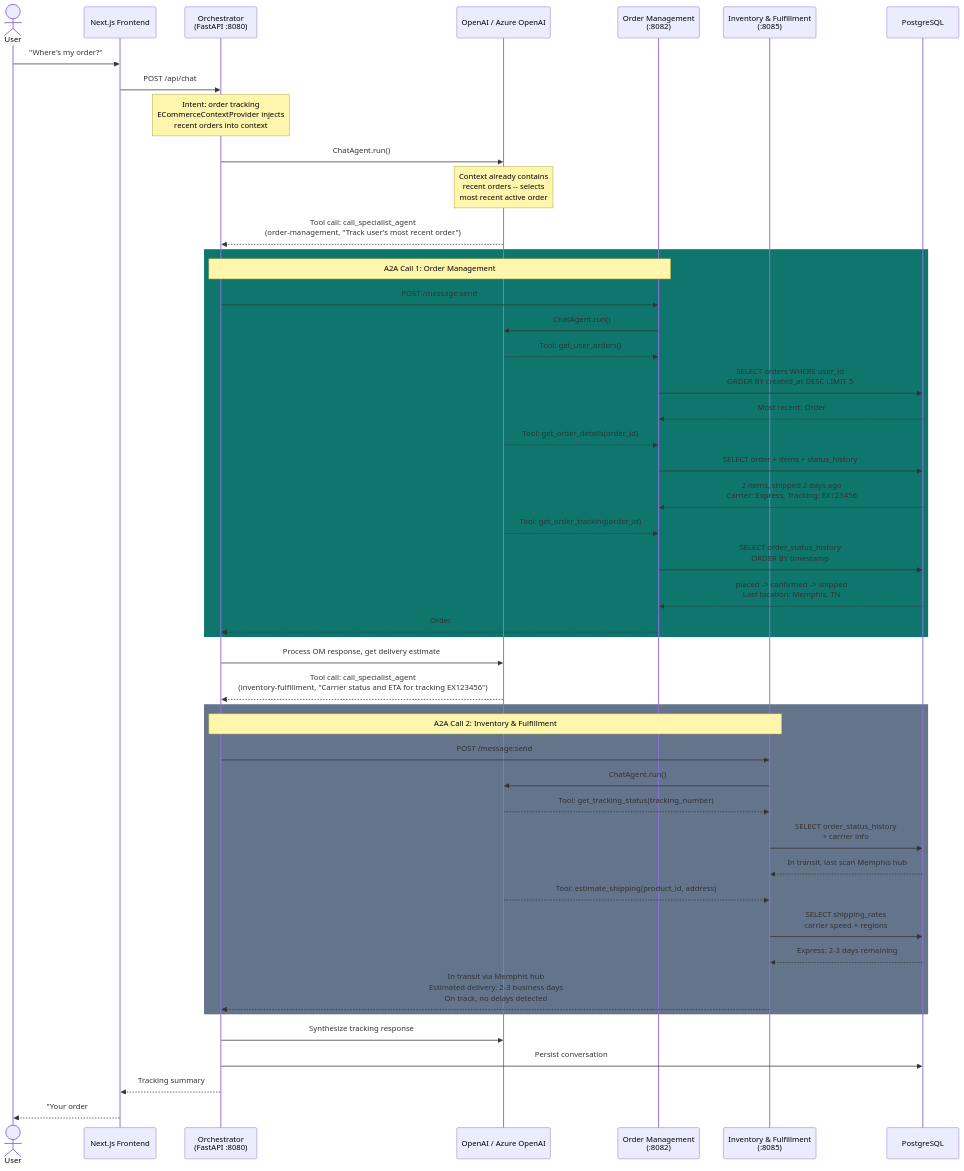
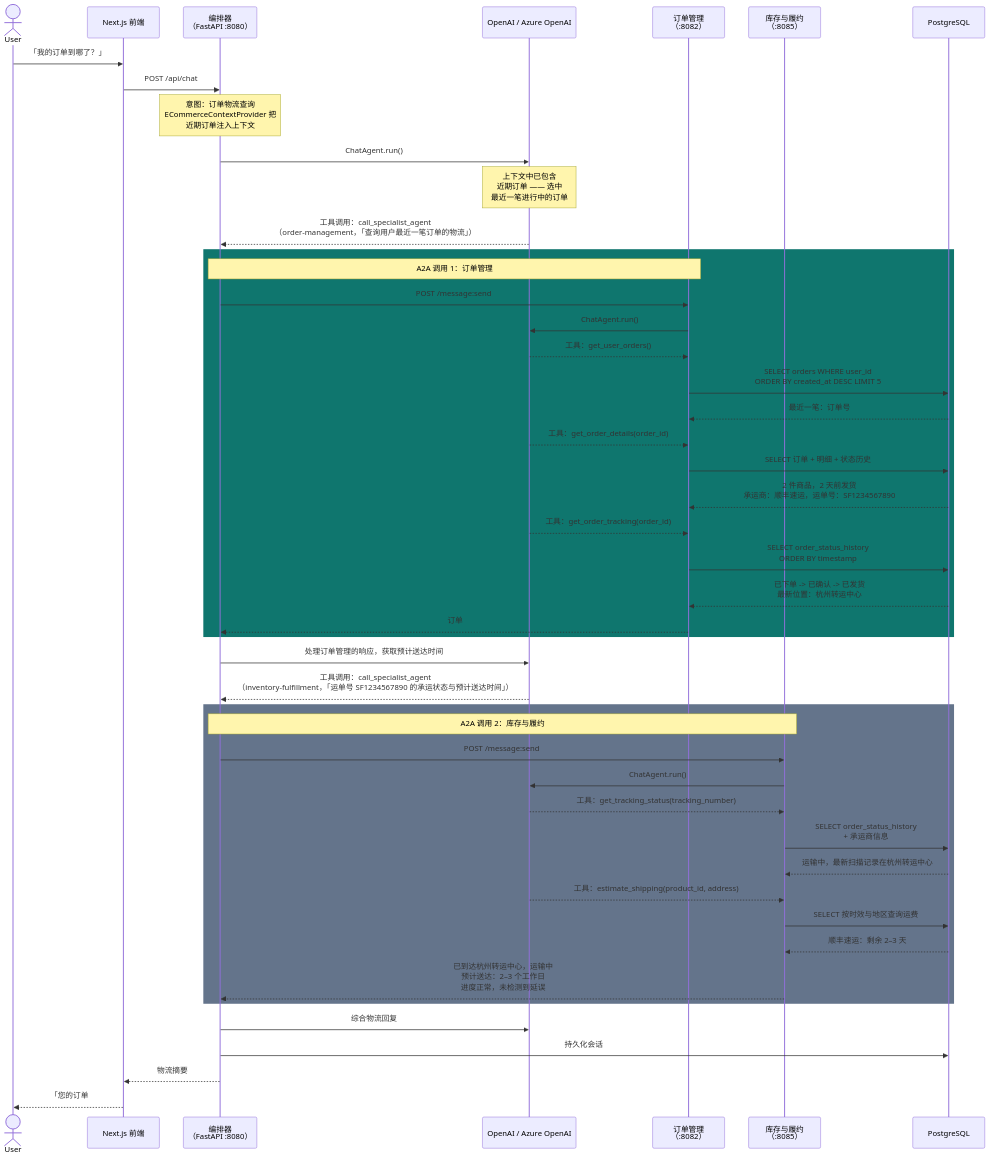
One commit to s1encisi/reliable-commerce-agents changed the third of 5 diagrams in docs/agent-flows.md. Above: the diagram before and after it, drawn with Mermaid. The commit also changed other lines of this file and 1033 other files, not shown here.

````diff
--- a/docs/agent-flows.md
+++ b/docs/agent-flows.md
@@ -202,56 +202,56 @@
 ```mermaid
 sequenceDiagram
     actor User
-    participant FE as Next.js Frontend
-    participant ORCH as Orchestrator<br/>(FastAPI :8080)
+    participant FE as Next.js 前端
+    participant ORCH as 编排器<br/>（FastAPI :8080）
     participant LLM as OpenAI / Azure OpenAI
-    participant OM as Order Management<br/>(:8082)
-    participant IF as Inventory & Fulfillment<br/>(:8085)
+    participant OM as 订单管理<br/>（:8082）
+    participant IF as 库存与履约<br/>（:8085）
     participant DB as PostgreSQL
 
-    User->>FE: "Where's my order?"
+    User->>FE: 「我的订单到哪了？」
     FE->>ORCH: POST /api/chat
 
-    Note over ORCH: Intent: order tracking<br/>ECommerceContextProvider injects<br/>recent orders into context
+    Note over ORCH: 意图：订单物流查询<br/>ECommerceContextProvider 把<br/>近期订单注入上下文
 
     ORCH->>LLM: ChatAgent.run()
-    Note over LLM: Context already contains<br/>recent orders -- selects<br/>most recent active order
-    LLM-->>ORCH: Tool call: call_specialist_agent<br/>(order-management, "Track user's most recent order")
+    Note over LLM: 上下文中已包含<br/>近期订单 —— 选中<br/>最近一笔进行中的订单
+    LLM-->>ORCH: 工具调用：call_specialist_agent<br/>（order-management，「查询用户最近一笔订单的物流」）
 
     rect rgb(15, 118, 110)
-        Note over ORCH,OM: A2A Call 1: Order Management
+        Note over ORCH,OM: A2A 调用 1：订单管理
         ORCH->>OM: POST /message:send
         OM->>LLM: ChatAgent.run()
-        LLM-->>OM: Tool: get_user_orders()
+        LLM-->>OM: 工具：get_user_orders()
         OM->>DB: SELECT orders WHERE user_id<br/>ORDER BY created_at DESC LIMIT 5
-        DB-->>OM: Most recent: Order #a1b2c3<br/>Status: shipped, Total: $149.99
-        LLM-->>OM: Tool: get_order_details(order_id)
-        OM->>DB: SELECT order + items + status_history
-        DB-->>OM: 2 items, shipped 2 days ago<br/>Carrier: Express, Tracking: EX123456
-        LLM-->>OM: Tool: get_order_tracking(order_id)
+        DB-->>OM: 最近一笔：订单号 #a1b2c3<br/>状态：已发货，合计：¥149.99
+        LLM-->>OM: 工具：get_order_details(order_id)
+        OM->>DB: SELECT 订单 + 明细 + 状态历史
+        DB-->>OM: 2 件商品，2 天前发货<br/>承运商：顺丰速运，运单号：SF1234567890
+        LLM-->>OM: 工具：get_order_tracking(order_id)
         OM->>DB: SELECT order_status_history<br/>ORDER BY timestamp
-        DB-->>OM: placed -> confirmed -> shipped<br/>Last location: Memphis, TN
-        OM-->>ORCH: Order #a1b2c3: shipped via Express<br/>Tracking: EX123456<br/>Last seen: Memphis, TN (2 days ago)
+        DB-->>OM: 已下单 -> 已确认 -> 已发货<br/>最新位置：杭州转运中心
+        OM-->>ORCH: 订单 #a1b2c3：已由顺丰速运发出<br/>运单号：SF1234567890<br/>最新轨迹：杭州转运中心（2 天前）
     end
 
-    ORCH->>LLM: Process OM response, get delivery estimate
-    LLM-->>ORCH: Tool call: call_specialist_agent<br/>(inventory-fulfillment, "Carrier status and ETA for tracking EX123456")
+    ORCH->>LLM: 处理订单管理的响应，获取预计送达时间
+    LLM-->>ORCH: 工具调用：call_specialist_agent<br/>（inventory-fulfillment，「运单号 SF1234567890 的承运状态与预计送达时间」）
 
     rect rgb(100, 116, 139)
-        Note over ORCH,IF: A2A Call 2: Inventory & Fulfillment
+        Note over ORCH,IF: A2A 调用 2：库存与履约
         ORCH->>IF: POST /message:send
         IF->>LLM: ChatAgent.run()
-        LLM-->>IF: Tool: get_tracking_status(tracking_number)
-        IF->>DB: SELECT order_status_history<br/>+ carrier info
-        DB-->>IF: In transit, last scan Memphis hub
-        LLM-->>IF: Tool: estimate_shipping(product_id, address)
-        IF->>DB: SELECT shipping_rates<br/>carrier speed + regions
-        DB-->>IF: Express: 2-3 days remaining
-        IF-->>ORCH: In transit via Memphis hub<br/>Estimated delivery: 2-3 business days<br/>On track, no delays detected
+        LLM-->>IF: 工具：get_tracking_status(tracking_number)
+        IF->>DB: SELECT order_status_history<br/>+ 承运商信息
+        DB-->>IF: 运输中，最新扫描记录在杭州转运中心
+        LLM-->>IF: 工具：estimate_shipping(product_id, address)
+        IF->>DB: SELECT 按时效与地区查询运费
+        DB-->>IF: 顺丰速运：剩余 2–3 天
+        IF-->>ORCH: 已到达杭州转运中心，运输中<br/>预计送达：2–3 个工作日<br/>进度正常，未检测到延误
     end
 
-    ORCH->>LLM: Synthesize tracking response
-    ORCH->>DB: Persist conversation
-    ORCH-->>FE: Tracking summary
-    FE-->>User: "Your order #a1b2c3 ($149.99) is on its way!<br/>It's currently in Memphis, TN via Express shipping.<br/>Expected delivery: April 7-8.<br/>Tracking: EX123456"
+    ORCH->>LLM: 综合物流回复
+    ORCH->>DB: 持久化会话
+    ORCH-->>FE: 物流摘要
+    FE-->>User: 「您的订单 #a1b2c3（¥149.99）已在路上！<br/>目前由顺丰速运承运，已到达杭州转运中心。<br/>预计送达：4 月 7–8 日。<br/>运单号：SF1234567890」
 ```
````
